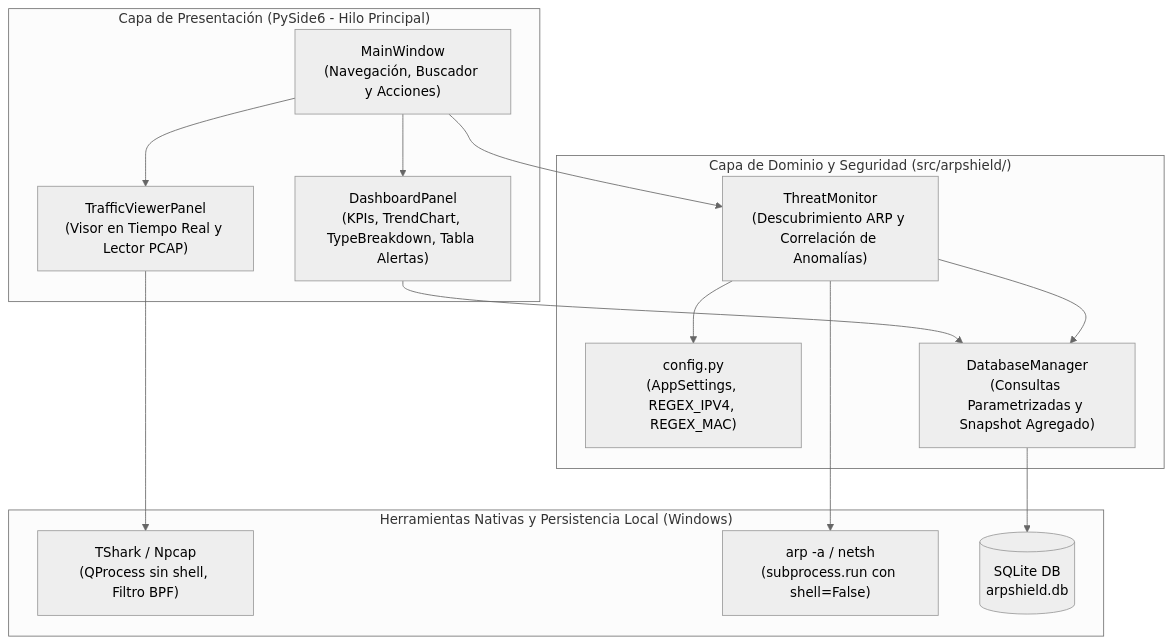
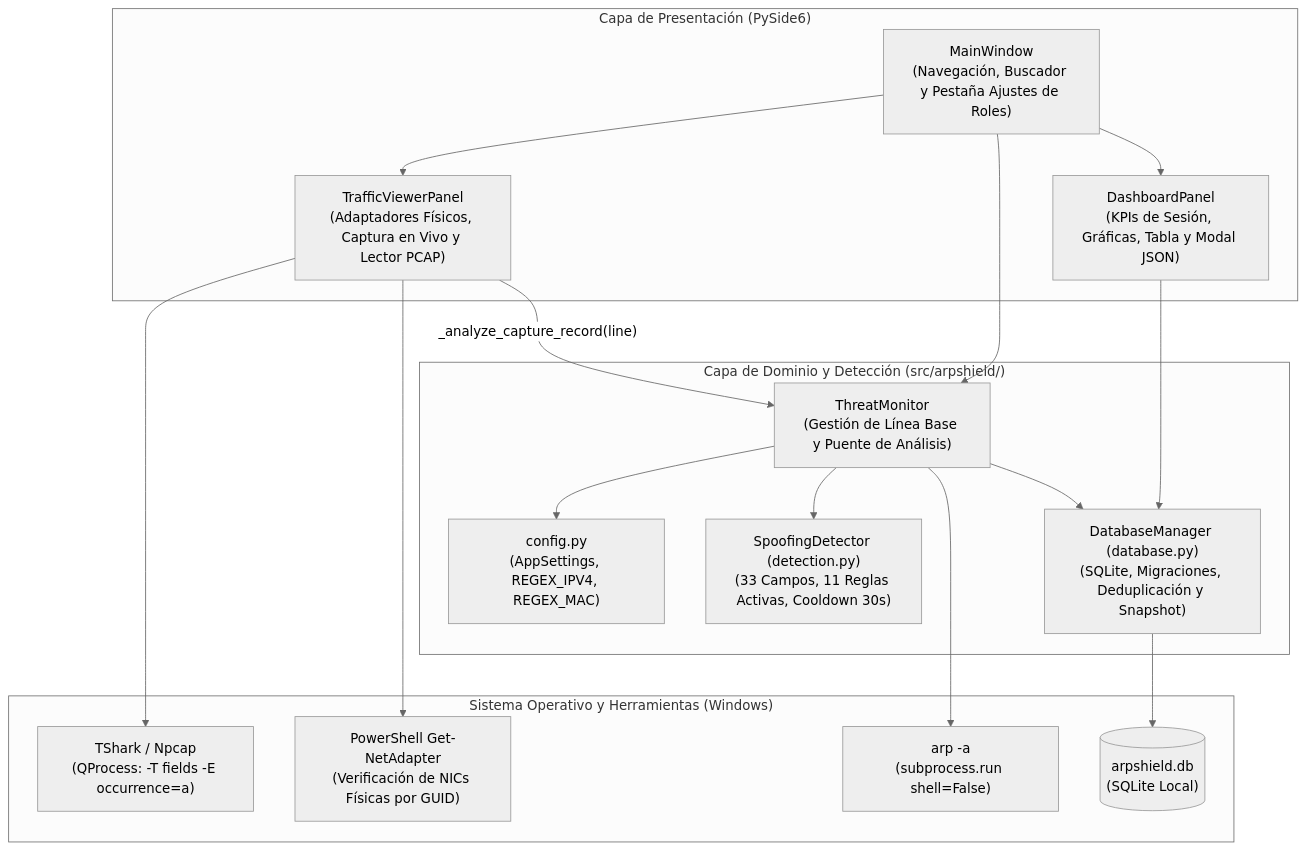
The first of 3 diagrams in docs/documentacion_integral_arpshield.md (andresingenieroinformatico/ARPShield), drawn with Mermaid (neutral theme) before and after one commit. The commit also changed other lines of this file, not shown here.

````diff
--- a/docs/documentacion_integral_arpshield.md
+++ b/docs/documentacion_integral_arpshield.md
@@ -119,30 +132,35 @@
 ```mermaid
 flowchart TD
-    subgraph UI["Capa de Presentación (PySide6 - Hilo Principal)"]
-        MW["MainWindow<br>(Navegación, Buscador y Acciones)"]
-        DBP["DashboardPanel<br>(KPIs, TrendChart, TypeBreakdown, Tabla Alertas)"]
-        TVP["TrafficViewerPanel<br>(Visor en Tiempo Real y Lector PCAP)"]
+    subgraph UI["Capa de Presentación (PySide6)"]
+        MW["MainWindow<br>(Navegación, Buscador y Pestaña Ajustes de Roles)"]
+        DBP["DashboardPanel<br>(KPIs de Sesión, Gráficas, Tabla y Modal JSON)"]
+        TVP["TrafficViewerPanel<br>(Adaptadores Físicos, Captura en Vivo y Lector PCAP)"]
     end
 
-    subgraph CORE["Capa de Dominio y Seguridad (src/arpshield/)"]
+    subgraph CORE["Capa de Dominio y Detección (src/arpshield/)"]
         CFG["config.py<br>(AppSettings, REGEX_IPV4, REGEX_MAC)"]
-        MON["ThreatMonitor<br>(Descubrimiento ARP y Correlación de Anomalías)"]
-        DBM["DatabaseManager<br>(Consultas Parametrizadas y Snapshot Agregado)"]
+        MON["ThreatMonitor<br>(Gestión de Línea Base y Puente de Análisis)"]
+        DET["SpoofingDetector (detection.py)<br>(33 Campos, 11 Reglas Activas, Cooldown 30s)"]
+        DBM["DatabaseManager (database.py)<br>(SQLite, Migraciones, Deduplicación y Snapshot)"]
     end
 
-    subgraph OS["Herramientas Nativas y Persistencia Local (Windows)"]
-        TSHARK["TShark / Npcap<br>(QProcess sin shell, Filtro BPF)"]
-        ARPCMD["arp -a / netsh<br>(subprocess.run con shell=False)"]
-        SQLITE[("SQLite DB<br>arpshield.db")]
+    subgraph OS["Sistema Operativo y Herramientas (Windows)"]
+        TSHARK["TShark / Npcap<br>(QProcess: -T fields -E occurrence=a)"]
+        PSADAPT["PowerShell Get-NetAdapter<br>(Verificación de NICs Físicas por GUID)"]
+        ARPCMD["arp -a<br>(subprocess.run shell=False)"]
+        SQLITE[("arpshield.db<br>(SQLite Local)")]
     end
 
     MW --> DBP
     MW --> TVP
     MW --> MON
     DBP --> DBM
     TVP --> TSHARK
+    TVP --> PSADAPT
+    TVP -- "_analyze_capture_record(line)" --> MON
+    MON --> DET
     MON --> CFG
     MON --> ARPCMD
     MON --> DBM
     DBM --> SQLITE
 ```
````
